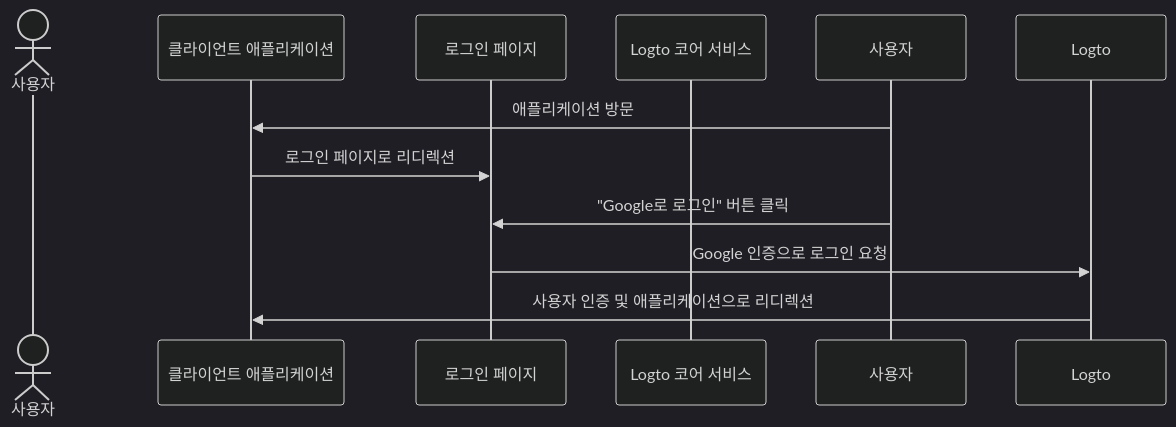
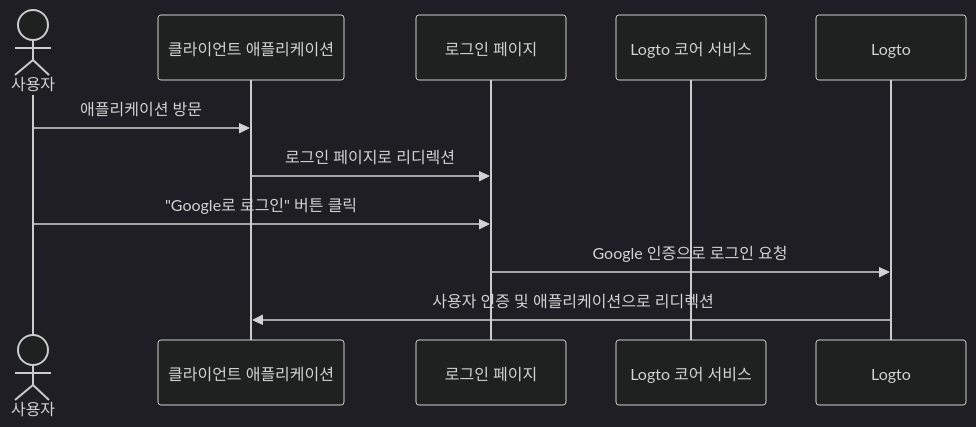
One commit to logto-io/docs changed the sixth of 6 diagrams in i18n/ko/docusaurus-plugin-content-docs/current/end-user-flows/sign-up-and-sign-in/social-sign-in.mdx. Above: the diagram before and after it, drawn with Mermaid (dark theme). The commit also changed other lines of this file and 67 other files, not shown here.

````diff
--- a/i18n/ko/docusaurus-plugin-content-docs/current/end-user-flows/sign-up-and-sign-in/social-sign-in.mdx
+++ b/i18n/ko/docusaurus-plugin-content-docs/current/end-user-flows/sign-up-and-sign-in/social-sign-in.mdx
@@ -159,13 +191,13 @@
 ```mermaid
 sequenceDiagram
 actor user as 사용자
     participant app as 클라이언트 애플리케이션
     participant experience as 로그인 페이지
     participant logto as Logto 코어 서비스
 
-    사용자->>app: 애플리케이션 방문
+    user->>app: 애플리케이션 방문
     app->>experience: 로그인 페이지로 리디렉션
-    사용자->>experience: "Google로 로그인" 버튼 클릭
+    user->>experience: "Google로 로그인" 버튼 클릭
     experience->>Logto: Google 인증으로 로그인 요청
     Logto->>app: 사용자 인증 및 애플리케이션으로 리디렉션
 ```
````
